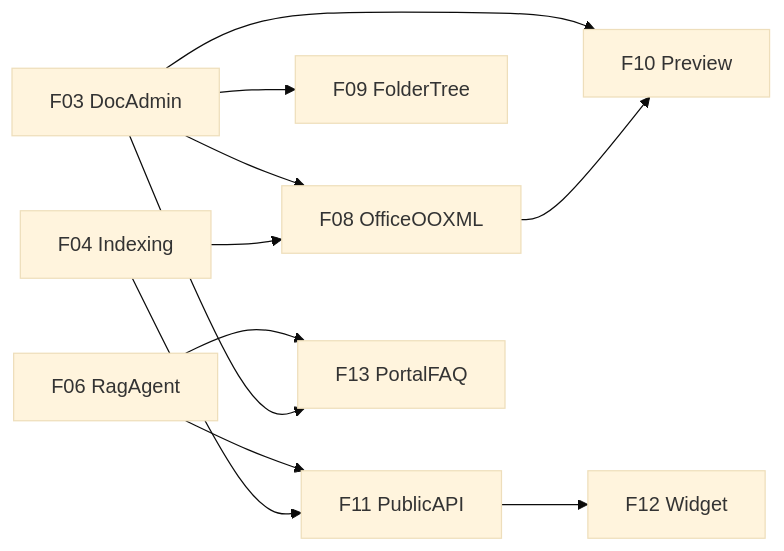
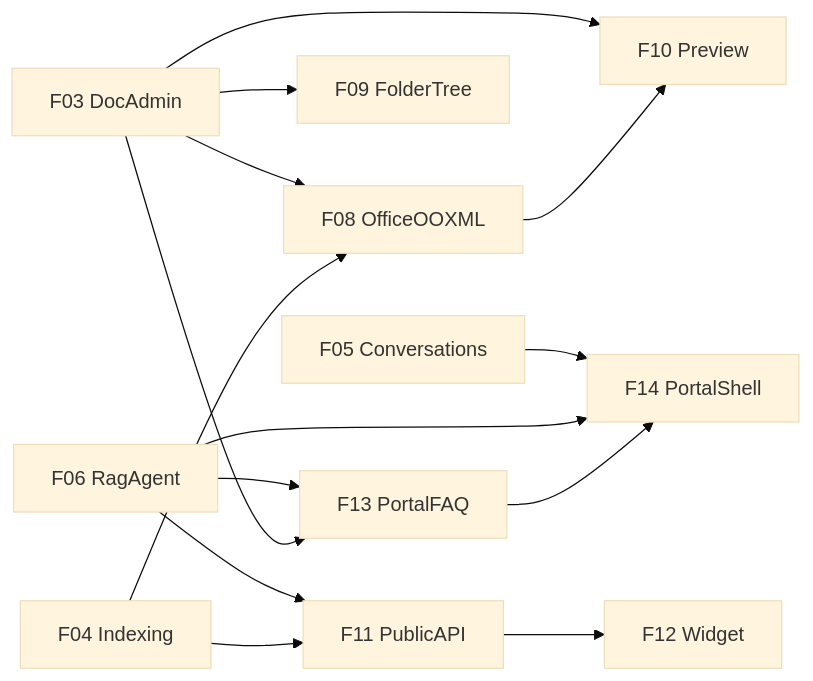
One commit to zmisi/rag-as-service changed the diagram in docs/specs/phase2/01-feature-list.md. Above: the diagram before and after it, drawn with Mermaid (base theme). The commit also changed other lines of this file and 42 other files, not shown here.

````diff
--- a/docs/specs/phase2/01-feature-list.md
+++ b/docs/specs/phase2/01-feature-list.md
@@ -15,13 +16,16 @@
 ```mermaid
 flowchart LR
   F03[F03 DocAdmin] --> F08[F08 OfficeOOXML]
   F04[F04 Indexing] --> F08
   F03 --> F09[F09 FolderTree]
   F03 --> F10[F10 Preview]
   F08 --> F10
   F06[F06 RagAgent] --> F11[F11 PublicAPI]
   F04 --> F11
   F11 --> F12[F12 Widget]
   F06 --> F13[F13 PortalFAQ]
   F03 --> F13
+  F05[F05 Conversations] --> F14[F14 PortalShell]
+  F06 --> F14
+  F13 --> F14
 ```
````
